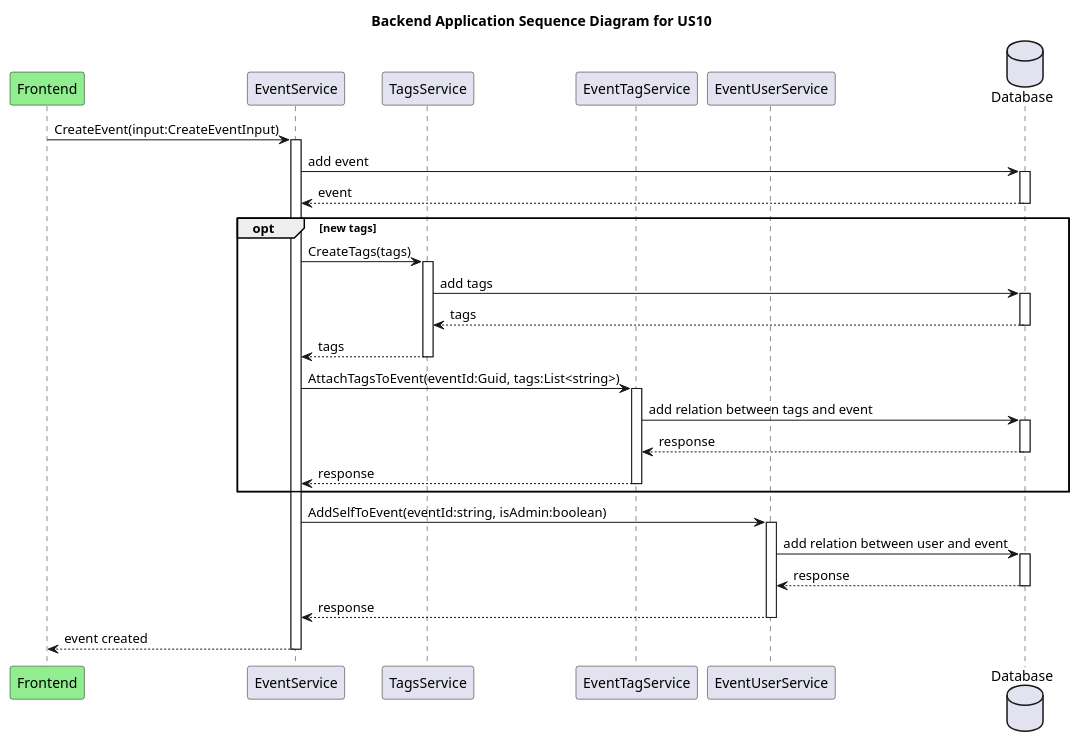
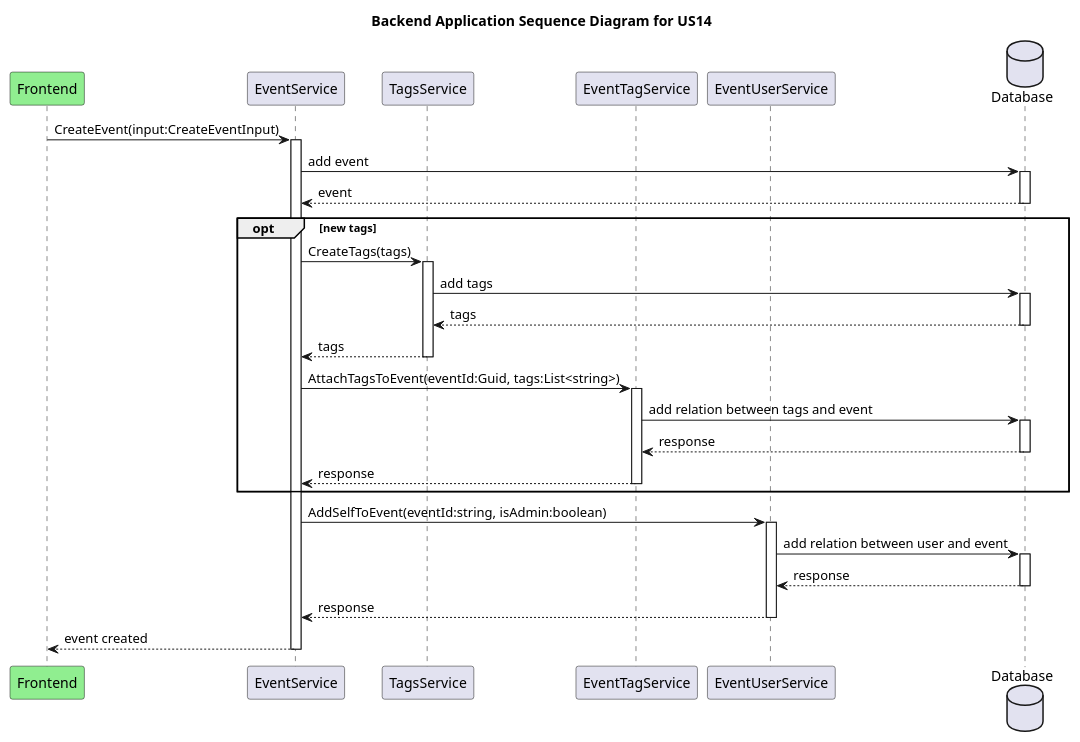
One commit to oscarboe/Studieforeningskalender_Front_end changed the diagram in Tryagain/SQUS14BE.puml. Above: the diagram before and after it, drawn with PlantUML. The commit also changed 38 other files, not shown here.

```diff
--- a/Tryagain/SQUS14BE.puml
+++ b/Tryagain/SQUS14BE.puml
@@ -1,46 +1,46 @@
 @startuml "System Sequence Diagram for Register Flow"
-title Backend Application Sequence Diagram for US10
+title Backend Application Sequence Diagram for US14
 
 participant "Frontend" as fe #LightGreen
 participant "EventService" as es
 participant "TagsService" as ts
 participant "EventTagService" as ets
 participant "EventUserService" as eus
 database "Database" as db
 
 fe -> es: CreateEvent(input:CreateEventInput)
 activate es
     es -> db: add event
     activate db
     db --> es: event
     deactivate db
 opt new tags
     es -> ts: CreateTags(tags)
     activate ts
     ts -> db: add tags
     activate db
     db --> ts: tags
     deactivate db
     ts --> es: tags
     deactivate ts
     es -> ets: AttachTagsToEvent(eventId:Guid, tags:List<string>)
     activate ets
     ets -> db: add relation between tags and event
     activate db
     db --> ets: response
     deactivate db
     ets --> es: response
     deactivate ets
 end opt
 es ->eus: AddSelfToEvent(eventId:string, isAdmin:boolean)
 activate eus
 eus -> db: add relation between user and event
 activate db
 db --> eus: response
 deactivate db
 eus --> es: response
 deactivate eus
 es --> fe: event created
 deactivate es
 
 @enduml
```
